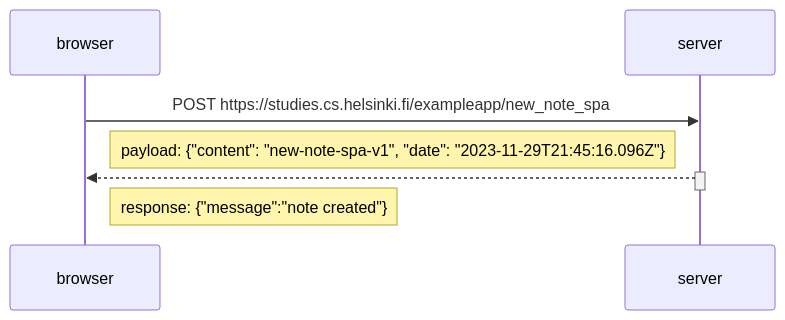
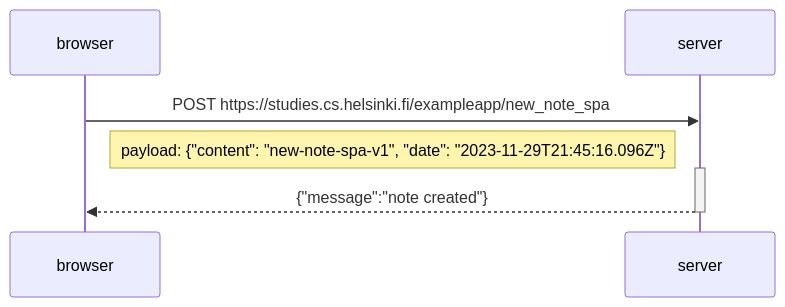
Before and after one commit to BraianVayletGlobant/fullstackopen: the diagram in part0/exercise_0.6.md, drawn with Mermaid.

````diff
--- a/part0/exercise_0.6.md
+++ b/part0/exercise_0.6.md
@@ -1,12 +1,11 @@
 ```mermaid
 sequenceDiagram
     participant browser
     participant server
 
     browser->>server: POST https://studies.cs.helsinki.fi/exampleapp/new_note_spa
     Note right of browser: payload: {"content": "new-note-spa-v1", "date": "2023-11-29T21:45:16.096Z"}
     activate server
-    server-->>browser:
-    deactivate server
-    Note right of browser: response: {"message":"note created"}
+    server-->>browser: {"message":"note created"}
+    deactivate server    
 ```
````
